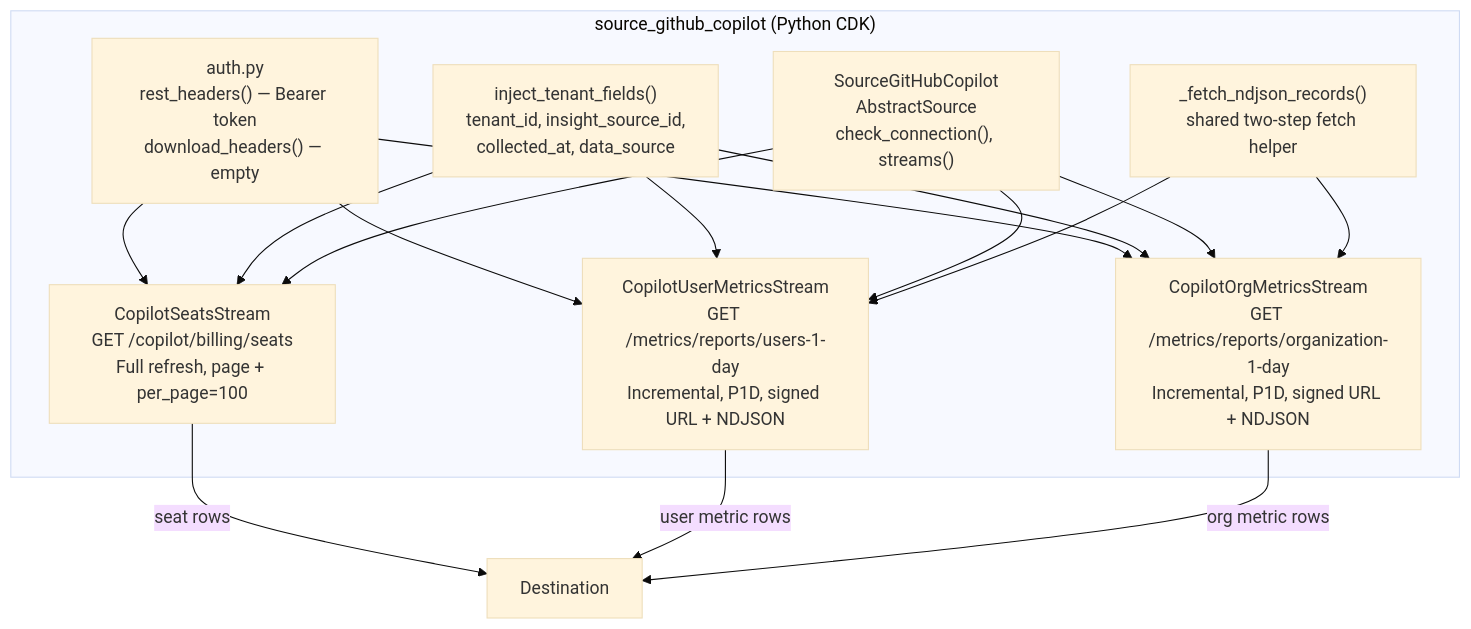
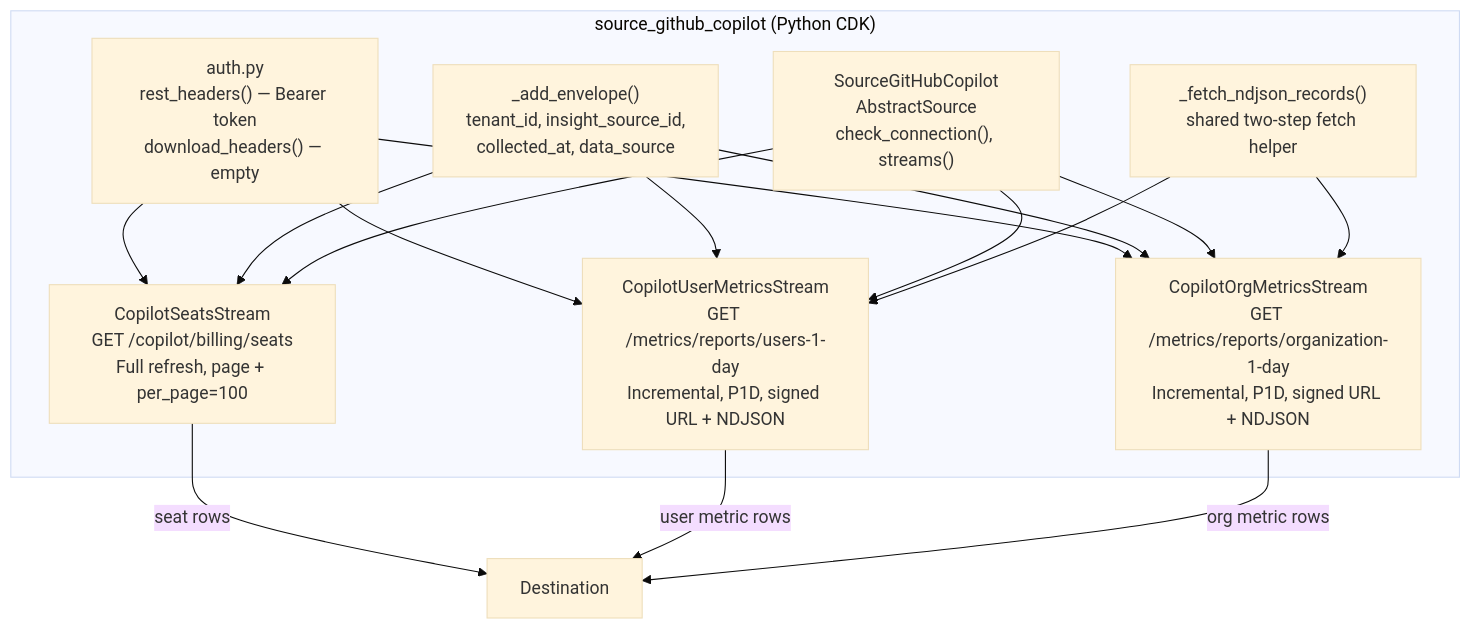
One commit to mozhaev-dev/insight changed the second of 3 diagrams in docs/components/connectors/ai/github-copilot/specs/DESIGN.md. Above: the diagram before and after it, drawn with Mermaid (base theme). The commit also changed other lines of this file and 6 other files, not shown here.

````diff
--- a/docs/components/connectors/ai/github-copilot/specs/DESIGN.md
+++ b/docs/components/connectors/ai/github-copilot/specs/DESIGN.md
@@ -209,20 +209,20 @@
 ```mermaid
 graph TD
     subgraph Package["source_github_copilot (Python CDK)"]
         Auth["auth.py<br/>rest_headers() — Bearer token<br/>download_headers() — empty"]
-        Inject["inject_tenant_fields()<br/>tenant_id, insight_source_id,<br/>collected_at, data_source"]
+        Inject["_add_envelope()<br/>tenant_id, insight_source_id,<br/>collected_at, data_source"]
         Source["SourceGitHubCopilot<br/>AbstractSource<br/>check_connection(), streams()"]
         S1["CopilotSeatsStream<br/>GET /copilot/billing/seats<br/>Full refresh, page + per_page=100"]
         S2["CopilotUserMetricsStream<br/>GET /metrics/reports/users-1-day<br/>Incremental, P1D, signed URL + NDJSON"]
         S3["CopilotOrgMetricsStream<br/>GET /metrics/reports/organization-1-day<br/>Incremental, P1D, signed URL + NDJSON"]
         Fetcher["_fetch_ndjson_records()<br/>shared two-step fetch helper"]
         Auth --> S1 & S2 & S3
         Inject --> S1 & S2 & S3
         Source --> S1 & S2 & S3
         Fetcher --> S2 & S3
     end
 
     S1 -->|"seat rows"| Dest["Destination"]
     S2 -->|"user metric rows"| Dest
     S3 -->|"org metric rows"| Dest
 ```
````
